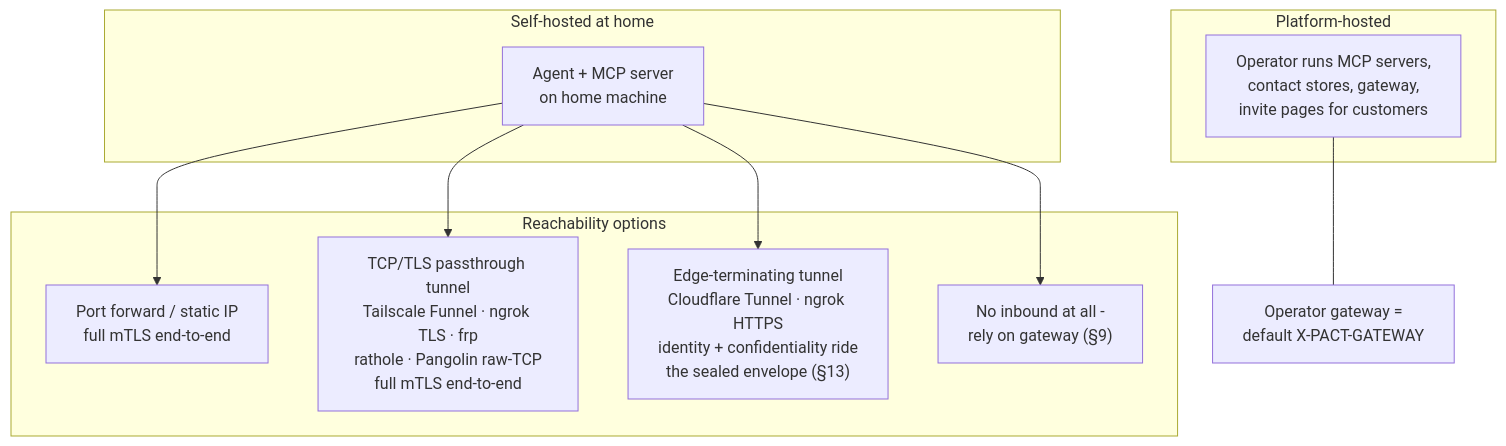
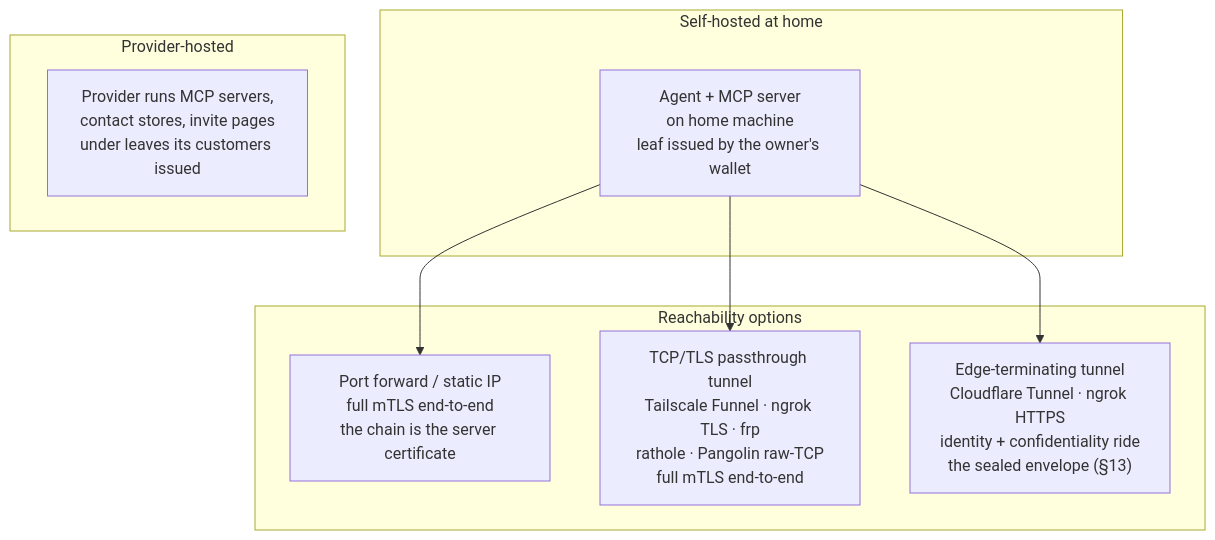
Before and after one commit to humandelegatedtrustprotocol/hdtp-spec: the ninth of 9 diagrams in SPEC.md, drawn with Mermaid. The commit also changed other lines of this file and 2 other files, not shown here.

````diff
--- a/SPEC.md
+++ b/SPEC.md
@@ -428,20 +432,17 @@
 ```mermaid
 flowchart TB
     subgraph SH["Self-hosted at home"]
-        N1["Agent + MCP server<br/>on home machine"]
+        N1["Agent + MCP server<br/>on home machine<br/>leaf issued by the owner's wallet"]
     end
     subgraph TU["Reachability options"]
-        T1["Port forward / static IP<br/>full mTLS end-to-end"]
+        T1["Port forward / static IP<br/>full mTLS end-to-end<br/>the chain is the server certificate"]
         T2["TCP/TLS passthrough tunnel<br/>Tailscale Funnel · ngrok TLS · frp<br/>rathole · Pangolin raw-TCP<br/>full mTLS end-to-end"]
         T3["Edge-terminating tunnel<br/>Cloudflare Tunnel · ngrok HTTPS<br/>identity + confidentiality ride<br/>the sealed envelope (§13)"]
-        T4["No inbound at all -<br/>rely on gateway (§9)"]
     end
-    subgraph PF["Platform-hosted"]
-        H1["Operator runs MCP servers,<br/>contact stores, gateway,<br/>invite pages for customers"]
+    subgraph PF["Provider-hosted"]
+        H1["Provider runs MCP servers,<br/>contact stores, invite pages<br/>under leaves its customers issued"]
     end
     N1 --> T1
     N1 --> T2
     N1 --> T3
-    N1 --> T4
-    H1 --- GW2["Operator gateway =<br/>default X-PACT-GATEWAY"]
 ```
````
